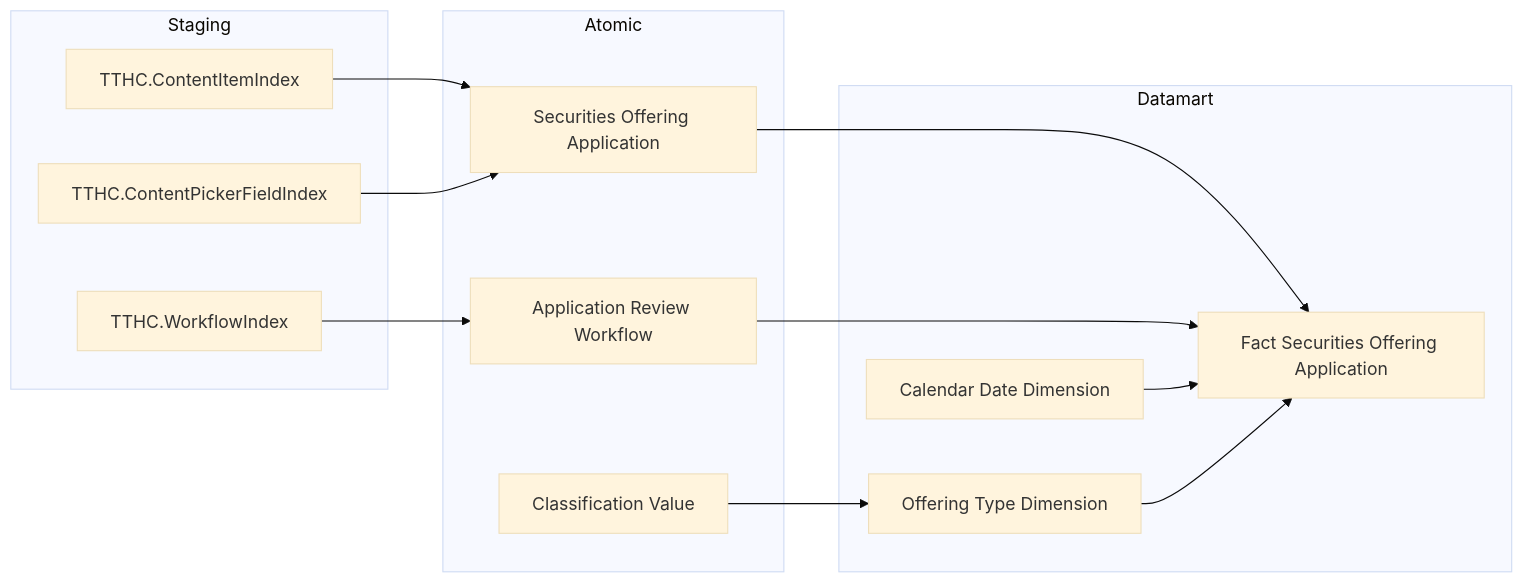
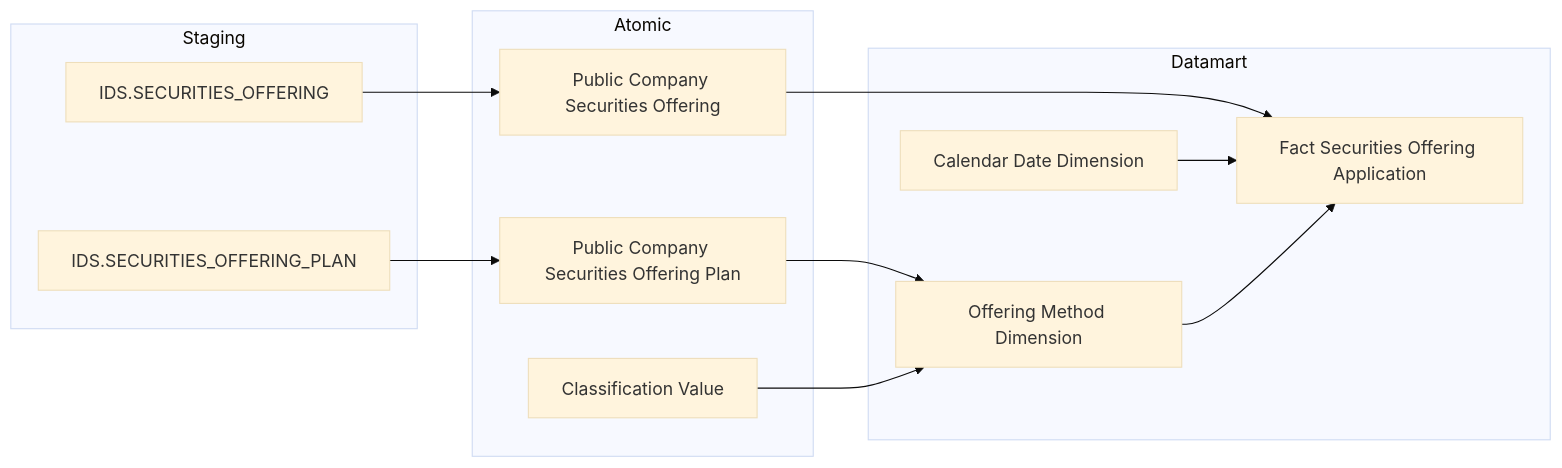
The third of 21 diagrams in Datamart/hld/DTM_QLCB_HLD.md (linhlvit/ubck_atomic_design), drawn with Mermaid (base theme) before and after one commit. The commit also changed other lines of this file and 4 other files, not shown here.

````diff
--- a/Datamart/hld/DTM_QLCB_HLD.md
+++ b/Datamart/hld/DTM_QLCB_HLD.md
@@ -103,31 +136,29 @@
 ```mermaid
 flowchart LR
-    subgraph SRC_TTHC["Staging"]
-        S1["TTHC.ContentItemIndex"]
-        S3["TTHC.WorkflowIndex"]
-        S4["TTHC.ContentPickerFieldIndex"]
+    subgraph SRC_IDS["Staging"]
+        S1["IDS.SECURITIES_OFFERING"]
+        S2["IDS.SECURITIES_OFFERING_PLAN"]
     end
 
     subgraph SIL["Atomic"]
-        SV1["Securities Offering Application"]
-        SV3["Application Review Workflow"]
+        SV1["Public Company Securities Offering"]
+        SV1c["Public Company Securities Offering Plan"]
         SV4["Classification Value"]
     end
 
     subgraph Datamart["Datamart"]
         G1["Fact Securities Offering Application"]
         G2["Calendar Date Dimension"]
-        G3["Offering Type Dimension"]
+        G3["Offering Method Dimension"]
     end
 
     S1 --> SV1
-    S3 --> SV3
-    S4 --> SV1
+    S2 --> SV1c
 
     SV1 --> G1
-    SV3 --> G1
+    SV1c --> G3
     SV4 --> G3
 
     G2 --> G1
     G3 --> G1
 ```
````
